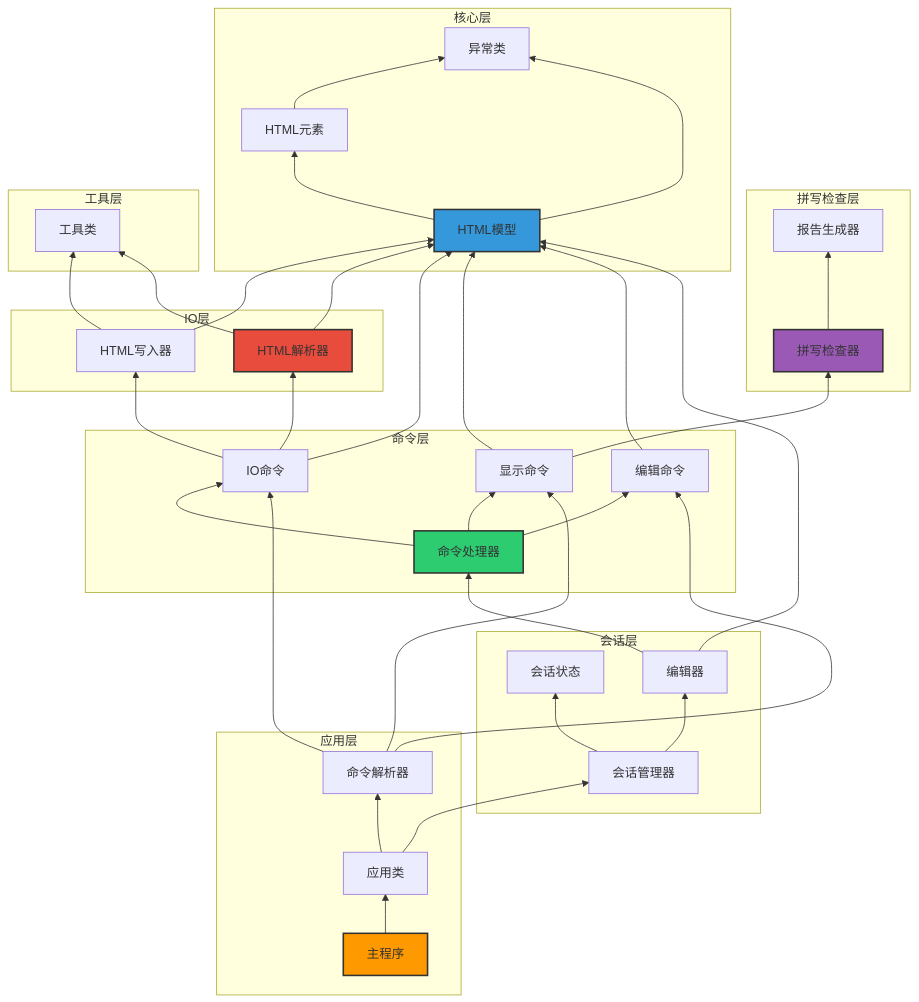
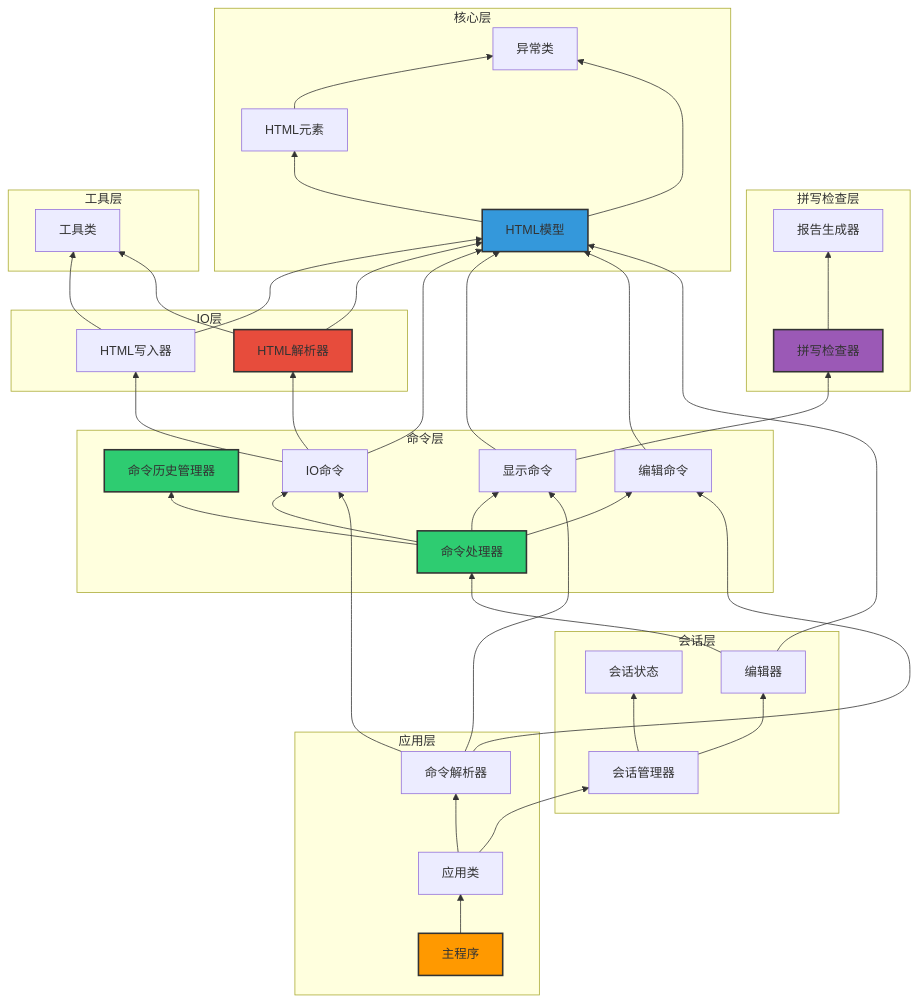
Before and after one commit to KiritoFD/OOP_lab1: the seventh of 8 diagrams in docs/complete_project_diagram.md, drawn with Mermaid. The commit also changed other lines of this file and 5 other files, not shown here.

````diff
--- a/docs/complete_project_diagram.md
+++ b/docs/complete_project_diagram.md
@@ -354,77 +363,80 @@
 ```mermaid
 graph BT
     subgraph "应用层"
         Main["主程序"]
         Application["应用类"]
         CommandParser["命令解析器"]
     end
     
     subgraph "会话层"
         SessionManager["会话管理器"]
         SessionState["会话状态"]
         Editor["编辑器"]
     end
     
     subgraph "命令层"
         CommandProcessor["命令处理器"]
+        CommandHistory["命令历史管理器"]
         EditCommands["编辑命令"]
         DisplayCommands["显示命令"]
         IOCommands["IO命令"]
     end
     
     subgraph "拼写检查层"
         SpellChecker["拼写检查器"]
         Reporters["报告生成器"]
     end
     
     subgraph "核心层"
         HtmlModel["HTML模型"]
         HtmlElement["HTML元素"]
         Exceptions["异常类"]
     end
     
     subgraph "IO层"
         Parser["HTML解析器"]
         Writer["HTML写入器"]
     end
     
     subgraph "工具层"
         Utils["工具类"]
     end
     
     Main --> Application
     Application --> SessionManager
     Application --> CommandParser
     
     SessionManager --> Editor
     SessionManager --> SessionState
     Editor --> CommandProcessor
     Editor --> HtmlModel
     
     CommandParser --> EditCommands & DisplayCommands & IOCommands
     CommandProcessor --> EditCommands & DisplayCommands & IOCommands
+    CommandProcessor --> CommandHistory
     
     EditCommands --> HtmlModel
     DisplayCommands --> HtmlModel
     DisplayCommands --> SpellChecker
     IOCommands --> HtmlModel
     IOCommands --> Parser
     IOCommands --> Writer
     
     SpellChecker --> Reporters
     
     HtmlModel --> HtmlElement
     HtmlModel --> Exceptions
     HtmlElement --> Exceptions
     
     Parser --> HtmlModel
     Writer --> HtmlModel
     Parser --> Utils
     Writer --> Utils
     
     style Main fill:#ff9900,stroke:#333,stroke-width:2px
     style HtmlModel fill:#3498db,stroke:#333,stroke-width:2px
     style CommandProcessor fill:#2ecc71,stroke:#333,stroke-width:2px
+    style CommandHistory fill:#2ecc71,stroke:#333,stroke-width:2px
     style SpellChecker fill:#9b59b6,stroke:#333,stroke-width:2px
     style Parser fill:#e74c3c,stroke:#333,stroke-width:2px
 ```
````
